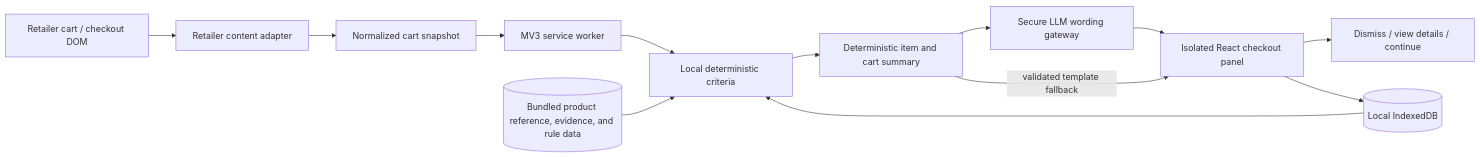
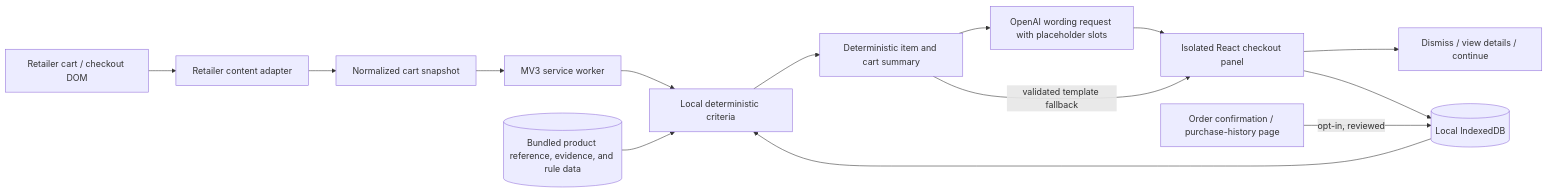
Before and after one commit to girwandhakal/WorthIt: the diagram in docs/TECH_SPEC.md, drawn with Mermaid. The commit also changed other lines of this file and 4 other files, not shown here.

````diff
--- a/docs/TECH_SPEC.md
+++ b/docs/TECH_SPEC.md
@@ -57,15 +87,16 @@
 ```mermaid
 flowchart LR
   Page[Retailer cart / checkout DOM] --> Adapter[Retailer content adapter]
   Adapter --> Normalize[Normalized cart snapshot]
   Normalize --> Worker[MV3 service worker]
   Worker --> Rules[Local deterministic criteria]
   History[(Local IndexedDB)] --> Rules
   Catalog[(Bundled product reference, evidence, and rule data)] --> Rules
   Rules --> Aggregate[Deterministic item and cart summary]
-  Aggregate --> Gateway[Secure LLM wording gateway]
-  Gateway --> View[Isolated React checkout panel]
+  Aggregate --> Wording[OpenAI wording request with placeholder slots]
+  Wording --> View[Isolated React checkout panel]
   Aggregate -->|validated template fallback| View
   View --> Choice[Dismiss / view details / continue]
   View --> History
+  Orders[Order confirmation / purchase-history page] -->|opt-in, reviewed| History
 ```
````
